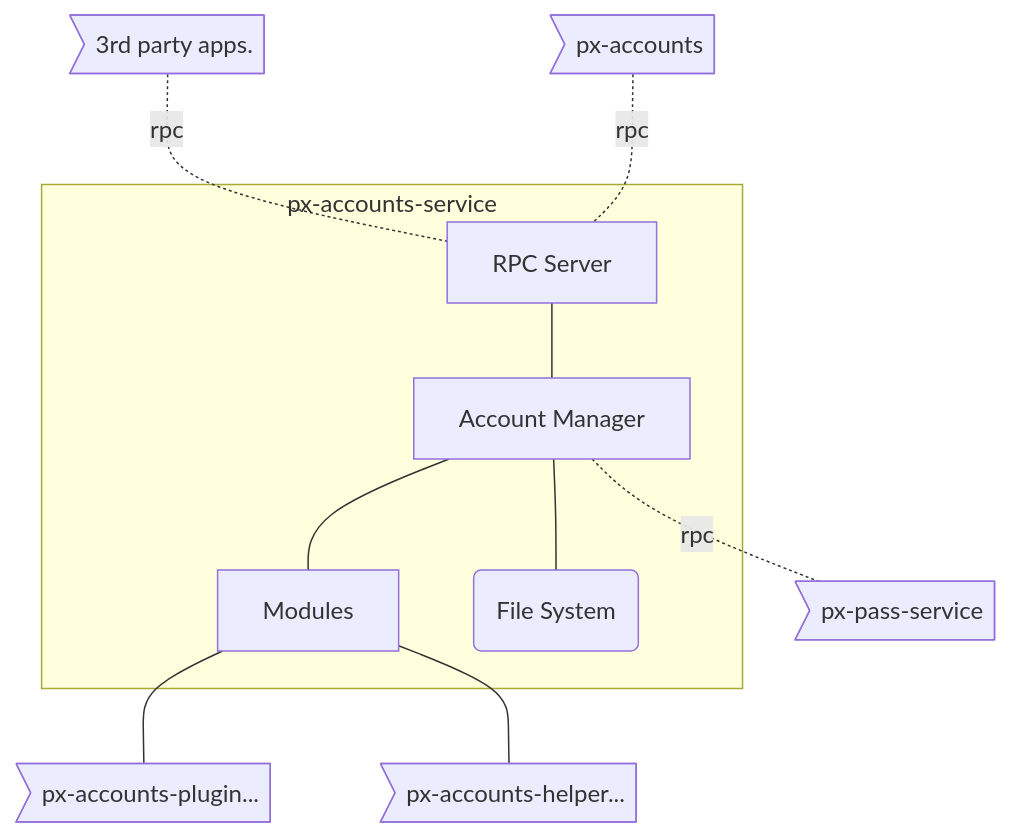
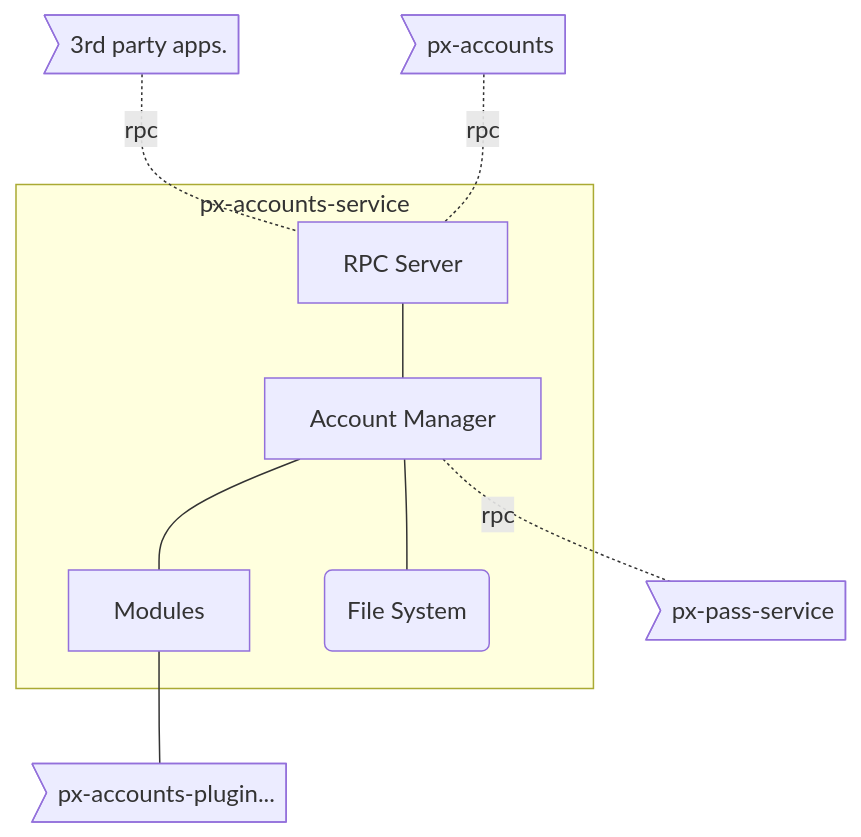
Before and after one commit to PantherXOS/px-accounts-service: the second of 2 diagrams in README.md, drawn with Mermaid. The commit also changed other lines of this file, not shown here.

````diff
--- a/README.md
+++ b/README.md
@@ -136,24 +135,22 @@
 ```mermaid
 graph TD;
 APP>3rd party apps.]
 CMD>px-accounts]
 PAS>px-pass-service]
 PLG>px-accounts-plugin...]
-HLP>px-accounts-helper...]
 RPC[RPC Server]
 ACT[Account Manager]
 MOD[Modules]
 FS(File System)
   
 subgraph px-accounts-service
 ACT --- FS
 RPC --- ACT
 ACT --- MOD
 end
 
 APP -.- |rpc| RPC
 CMD -.- |rpc| RPC
 MOD --- PLG
-MOD --- HLP
 ACT -.- |rpc| PAS
 ```
````
